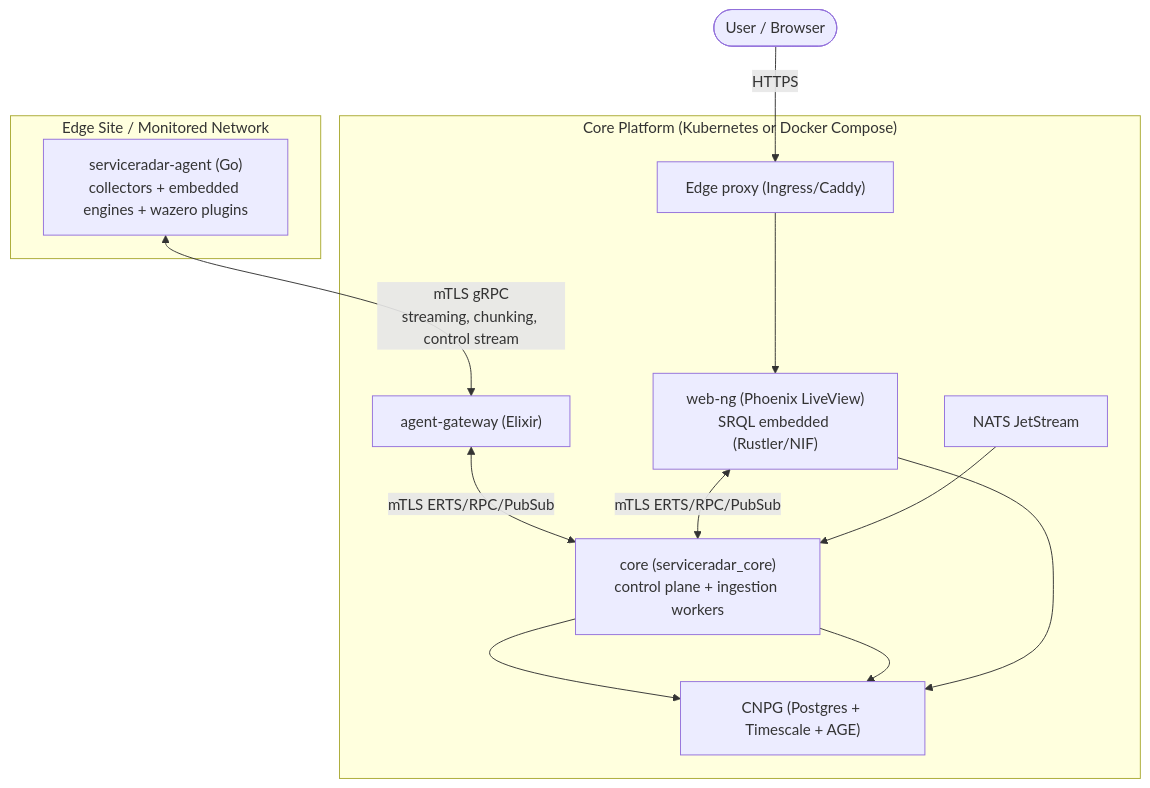
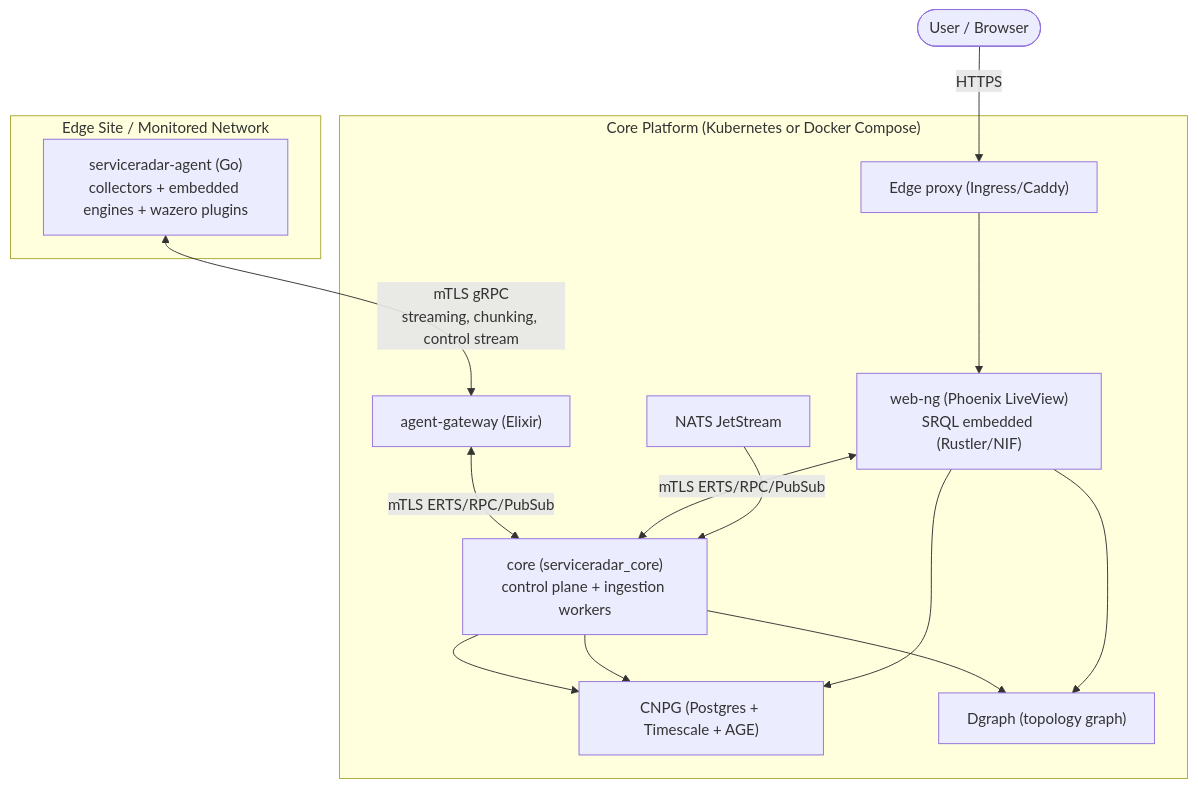
One commit to carverauto/serviceradar changed the diagram in docs/docs/architecture.md. Above: the diagram before and after it, drawn with Mermaid. The commit also changed other lines of this file and 21 other files, not shown here.

````diff
--- a/docs/docs/architecture.md
+++ b/docs/docs/architecture.md
@@ -17,31 +17,35 @@
 ```mermaid
 flowchart TB
   User([User / Browser])
 
   subgraph Core["Core Platform (Kubernetes or Docker Compose)"]
     Ingress["Edge proxy (Ingress/Caddy)"]
     Web["web-ng (Phoenix LiveView)<br/>SRQL embedded (Rustler/NIF)"]
     CoreSvc["core (serviceradar_core)<br/>control plane + ingestion workers"]
     GW["agent-gateway (Elixir)"]
 
     NATS["NATS JetStream"]
 
     DB["CNPG (Postgres + Timescale + AGE)"]
+    DgraphDB["Dgraph (topology graph)"]
   end
 
   subgraph Edge["Edge Site / Monitored Network"]
     Agent["serviceradar-agent (Go)<br/>collectors + embedded engines + wazero plugins"]
   end
 
   User -->|HTTPS| Ingress --> Web
 
   Agent <-->|mTLS gRPC<br/>streaming, chunking, control stream| GW
   GW <-->|mTLS ERTS/RPC/PubSub| CoreSvc
   Web <-->|mTLS ERTS/RPC/PubSub| CoreSvc
 
   %% Bulk ingestion
   NATS --> CoreSvc --> DB
 
   CoreSvc --> DB
   Web --> DB
+
+  CoreSvc --> DgraphDB
+  Web --> DgraphDB
 ```
````
